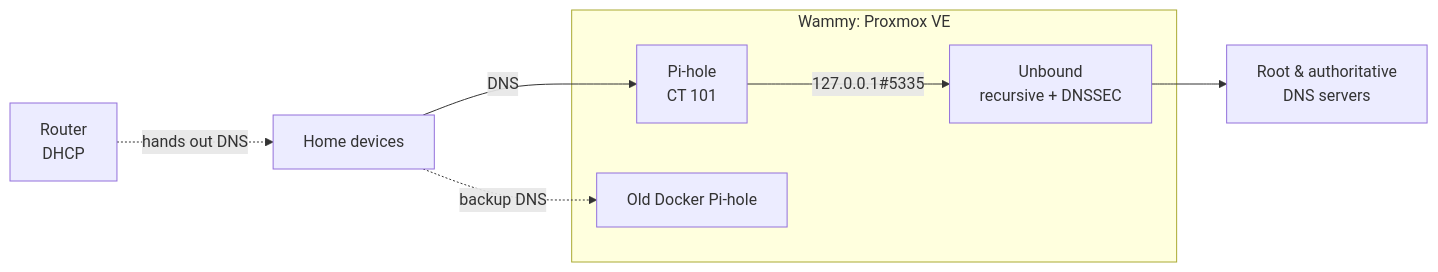
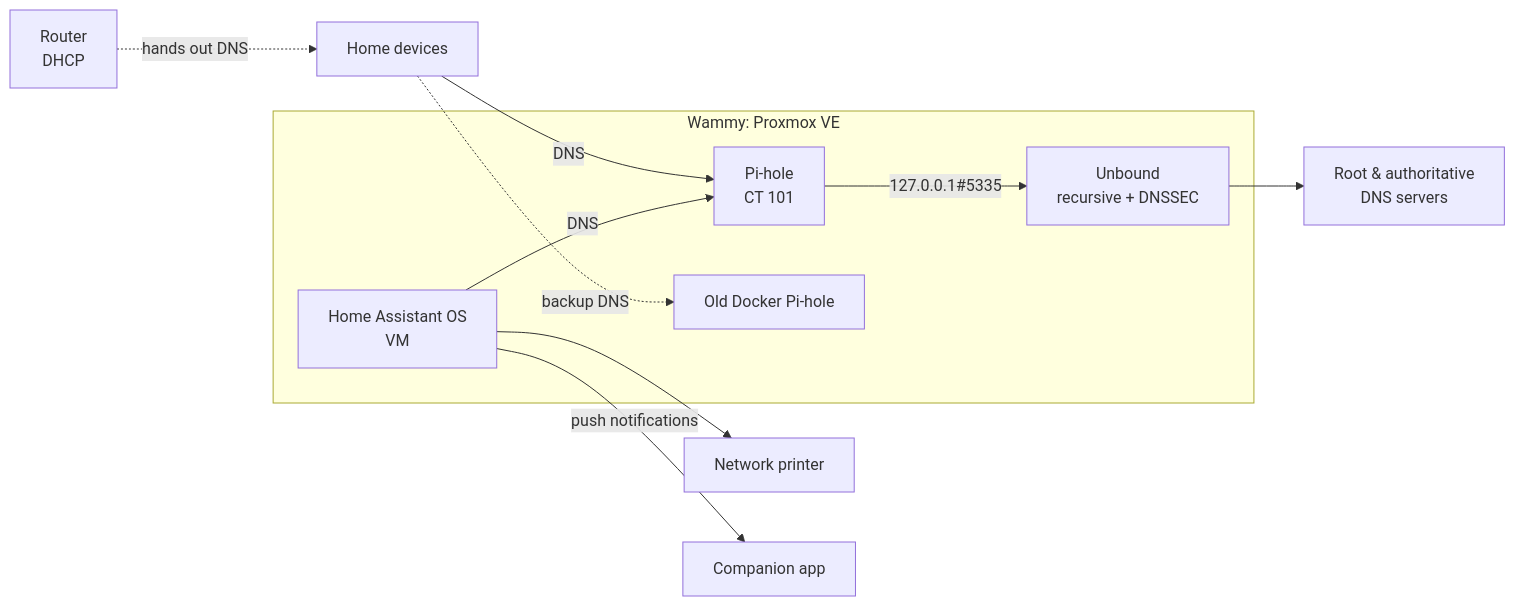
The diagram in README.md (JaheimT/homelab), drawn with Mermaid before and after one commit. The commit also changed other lines of this file, not shown here.

Commit message:
README: mark Phase 3 done, add Home Assistant to diagram

````diff
--- a/README.md
+++ b/README.md
@@ -16,13 +15,17 @@
 ```mermaid
 flowchart LR
     Devices[Home devices] -->|DNS| PH[Pi-hole<br/>CT 101]
     PH -->|127.0.0.1#5335| UB[Unbound<br/>recursive + DNSSEC]
     UB --> Root[Root & authoritative<br/>DNS servers]
     Devices -.->|backup DNS| Old[Old Docker Pi-hole]
+    HA[Home Assistant OS<br/>VM] -->|DNS| PH
+    HA --> Printer[Network printer]
+    HA -->|push notifications| Phone[Companion app]
     subgraph Wammy [Wammy: Proxmox VE]
         PH
         UB
         Old
+        HA
     end
     Router[Router<br/>DHCP] -.->|hands out DNS| Devices
 ```
````
